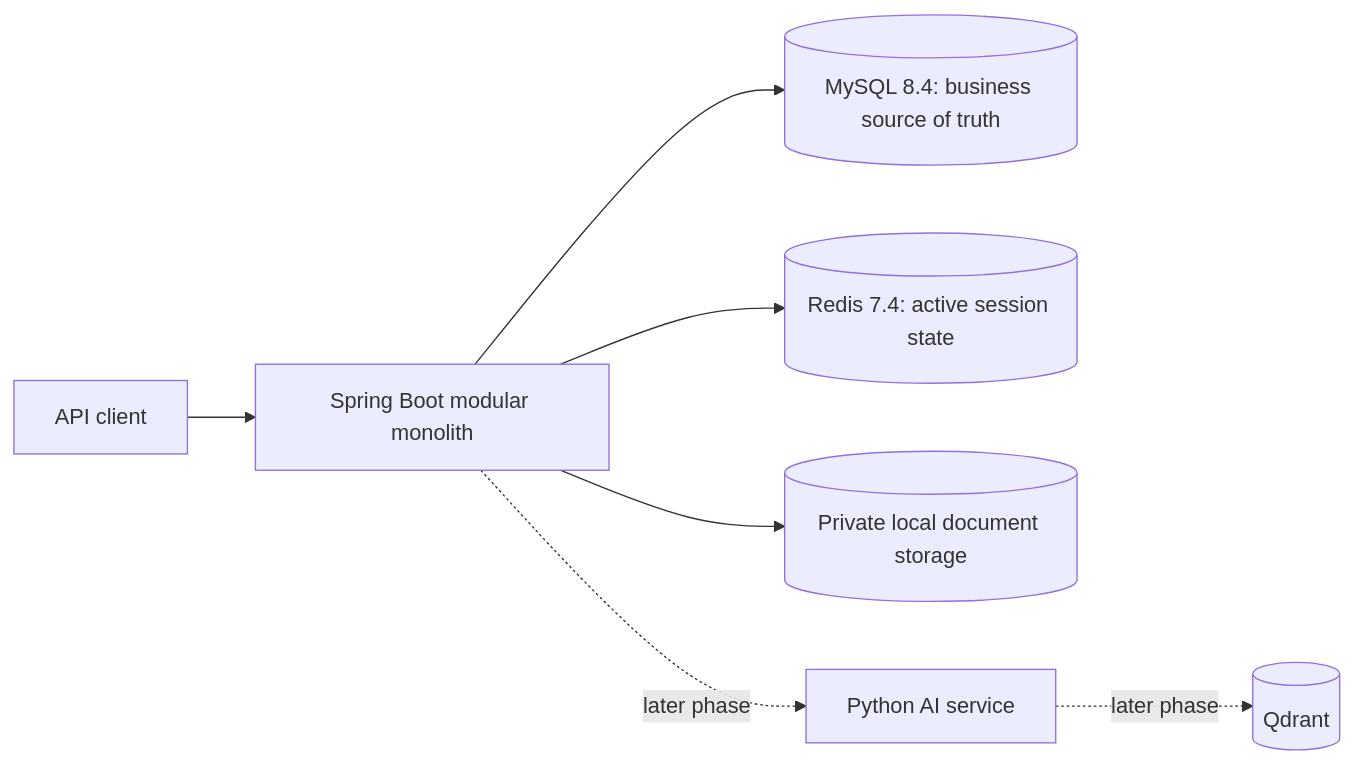
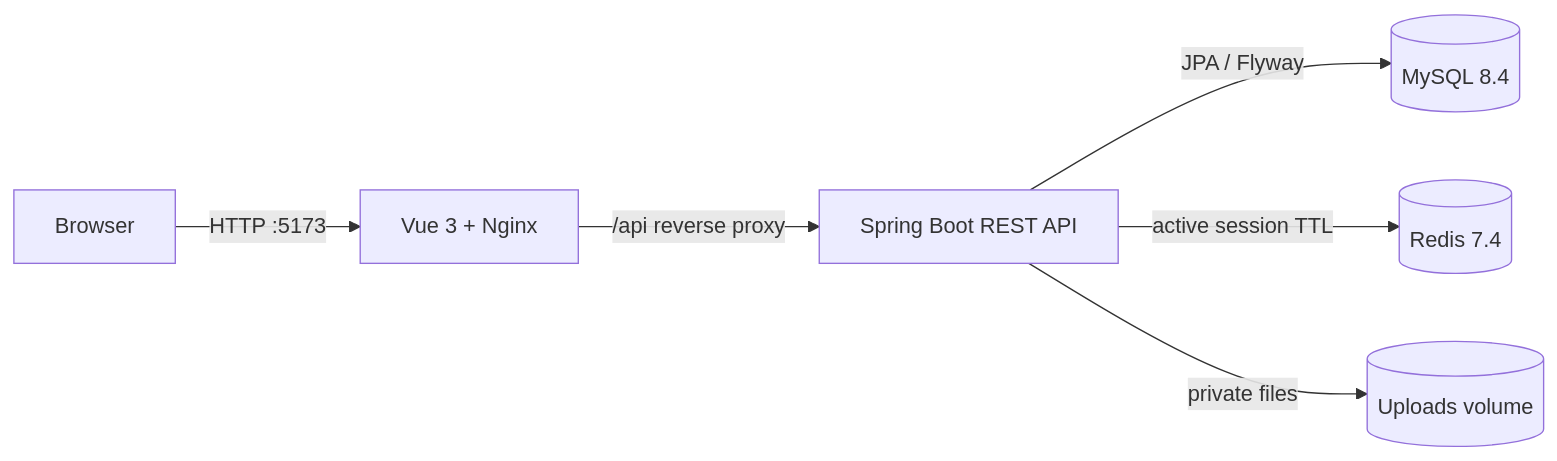
One commit to YUKANN518/KnowledgeOps changed the first of 3 diagrams in README.md. Above: the diagram before and after it, drawn with Mermaid. The commit also changed other lines of this file and 30 other files, not shown here.

````diff
--- a/README.md
+++ b/README.md
@@ -21,9 +67,8 @@
 ```mermaid
 flowchart LR
-  C[API client] --> J[Spring Boot modular monolith]
-  J --> M[(MySQL 8.4: business source of truth)]
-  J --> R[(Redis 7.4: active session state)]
-  J --> F[(Private local document storage)]
-  J -. later phase .-> P[Python AI service]
-  P -. later phase .-> Q[(Qdrant)]
+    B[Browser] -->|HTTP :5173| F[Vue 3 + Nginx]
+    F -->|/api reverse proxy| J[Spring Boot REST API]
+    J -->|JPA / Flyway| M[(MySQL 8.4)]
+    J -->|active session TTL| R[(Redis 7.4)]
+    J -->|private files| V[(Uploads volume)]
 ```
````
